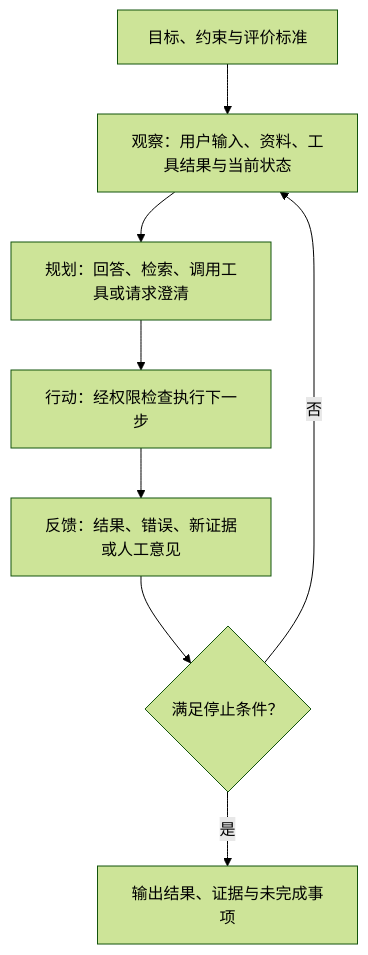
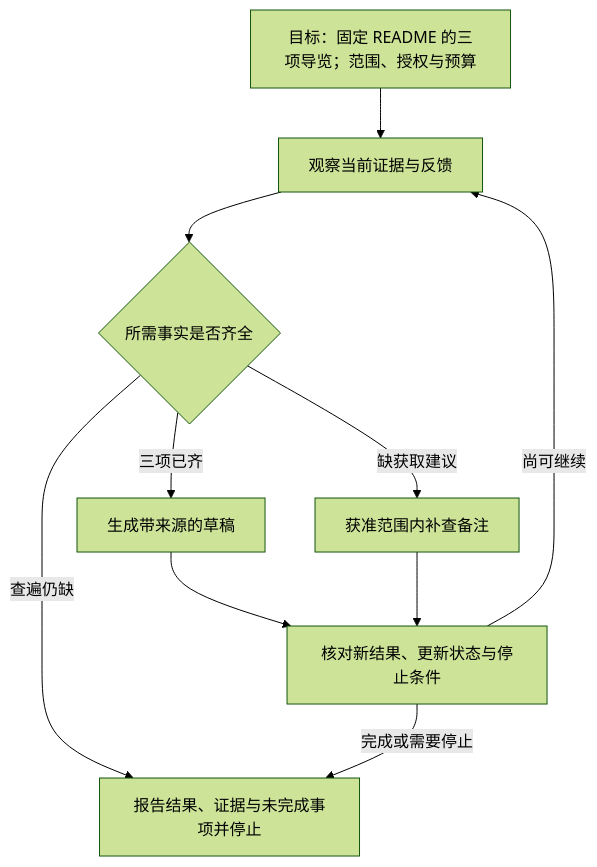
One commit to X-lab2017/AIOS101 changed the sixth of 8 diagrams in textbook/chapters/CH06-model-to-agents.md. Above: the diagram before and after it, drawn with Mermaid (forest theme). The commit also changed 5 other files, not shown here.

````diff
--- a/textbook/chapters/CH06-model-to-agents.md
+++ b/textbook/chapters/CH06-model-to-agents.md
@@ -373,10 +373,12 @@
 ```mermaid
 flowchart TD
-    G["目标、约束与评价标准"] --> O["观察：用户输入、资料、工具结果与当前状态"]
-    O --> P["规划：回答、检索、调用工具或请求澄清"]
-    P --> A["行动：经权限检查执行下一步"]
-    A --> F["反馈：结果、错误、新证据或人工意见"]
-    F --> S{"满足停止条件？"}
-    S -->|否| O
-    S -->|是| R["输出结果、证据与未完成事项"]
+    G["目标：固定 README 的三项导览；范围、授权与预算"] --> O["观察当前证据与反馈"]
+    O --> D{"所需事实是否齐全"}
+    D -->|三项已齐| A["生成带来源的草稿"]
+    D -->|缺获取建议| B["获准范围内补查备注"]
+    D -->|查遍仍缺| E["报告结果、证据与未完成事项并停止"]
+    A --> V["核对新结果、更新状态与停止条件"]
+    B --> V
+    V -->|尚可继续| O
+    V -->|完成或需要停止| E
 ```
````
